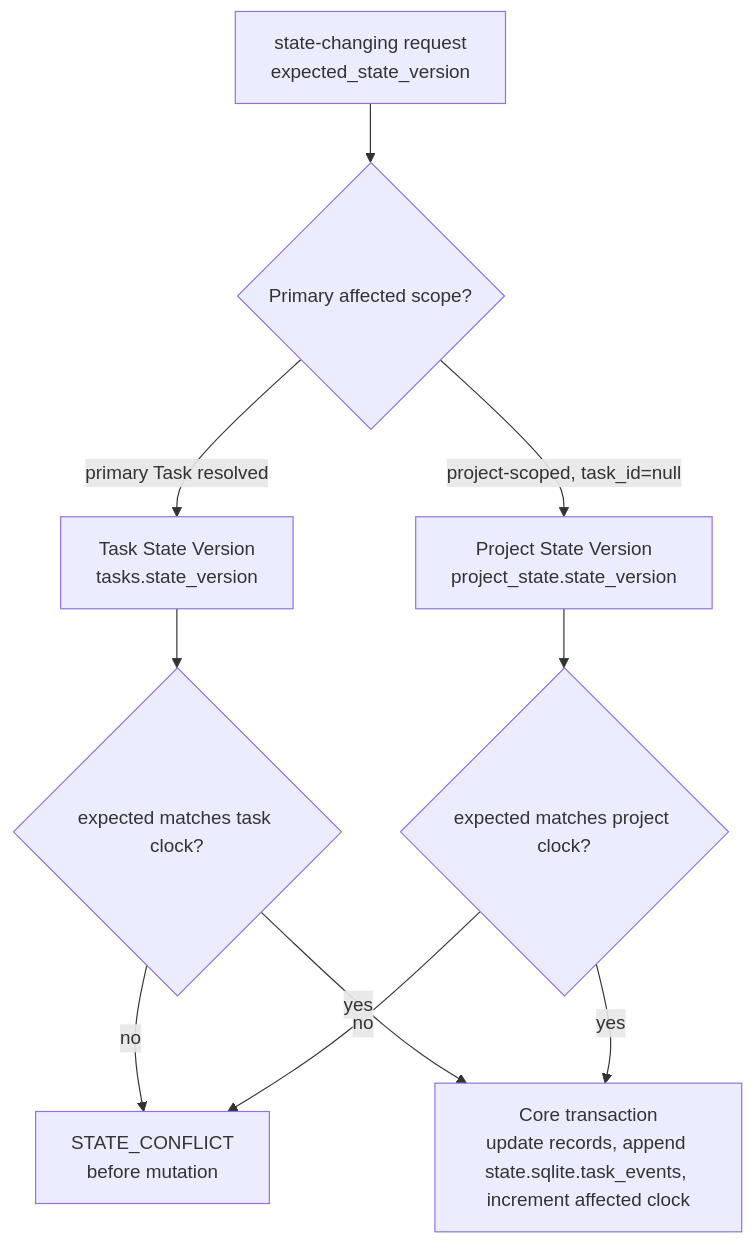
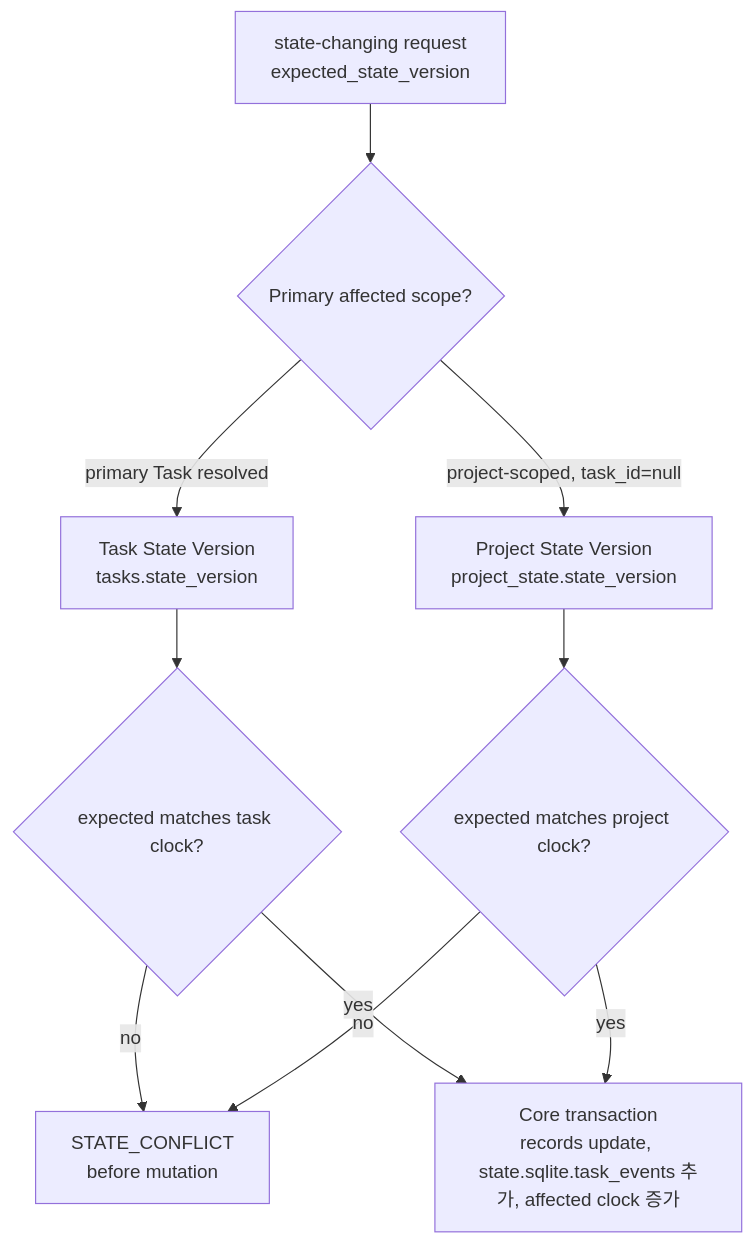
The second of 10 diagrams in docs/ko/reference/storage-and-ddl.md (minjungw00/Volicord), drawn with Mermaid before and after one commit. The commit also changed other lines of this file and 12 other files, not shown here.

````diff
--- a/docs/ko/reference/storage-and-ddl.md
+++ b/docs/ko/reference/storage-and-ddl.md
@@ -797,19 +798,19 @@
 ```mermaid
 flowchart TD
   Request["state-changing request<br/>expected_state_version"]
   Scope{"Primary affected scope?"}
   TaskClock["Task State Version<br/>tasks.state_version"]
   ProjectClock["Project State Version<br/>project_state.state_version"]
   CompareTask{"expected matches task clock?"}
   CompareProject{"expected matches project clock?"}
   Conflict["STATE_CONFLICT<br/>before mutation"]
-  Commit["Core transaction<br/>update records, append state.sqlite.task_events, increment affected clock"]
+  Commit["Core transaction<br/>records update, state.sqlite.task_events 추가, affected clock 증가"]
 
   Request --> Scope
   Scope -->|primary Task resolved| TaskClock --> CompareTask
   Scope -->|project-scoped, task_id=null| ProjectClock --> CompareProject
   CompareTask -->|no| Conflict
   CompareProject -->|no| Conflict
   CompareTask -->|yes| Commit
   CompareProject -->|yes| Commit
 ```
````
